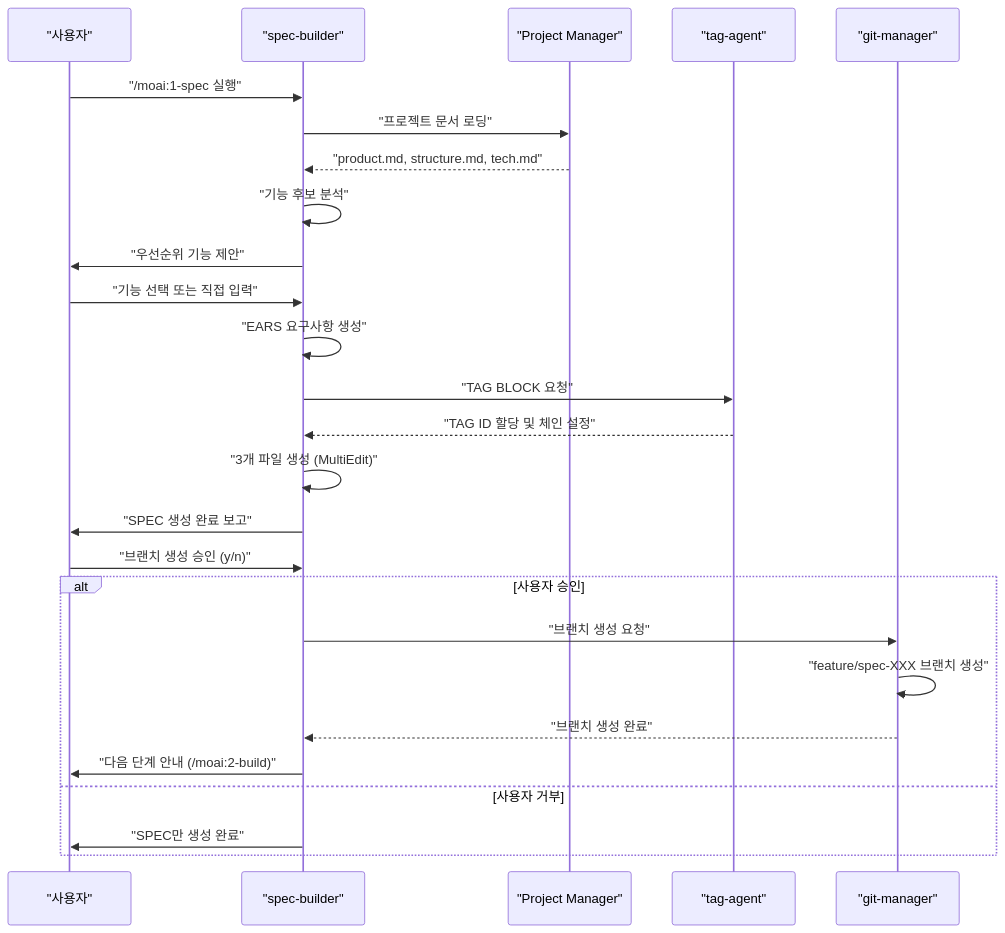
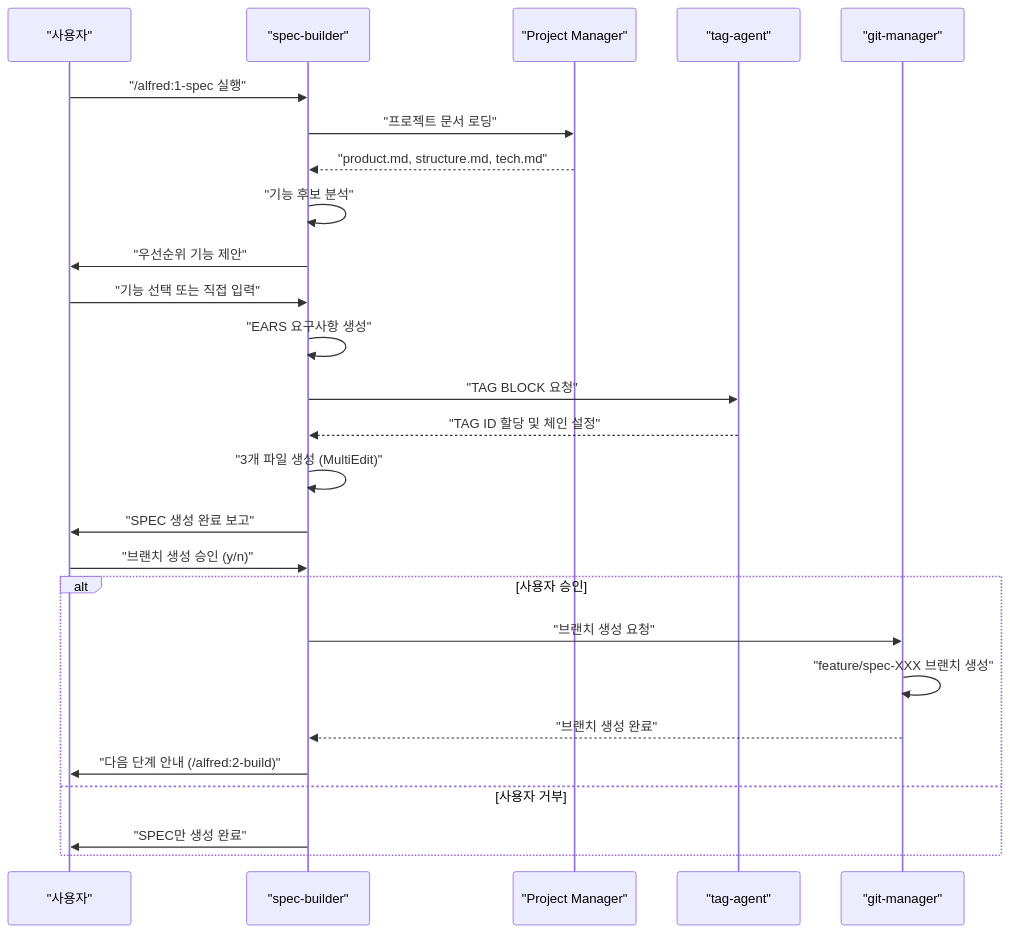
The second of 2 diagrams in docs/claude/agents/spec-builder.md (modu-ai/moai-adk), drawn with Mermaid before and after one commit. The commit also changed other lines of this file and 447 other files, not shown here.

````diff
--- a/docs/claude/agents/spec-builder.md
+++ b/docs/claude/agents/spec-builder.md
@@ -319,33 +319,33 @@
 ```mermaid
 sequenceDiagram
     participant U as "사용자"
     participant SB as "spec-builder"
     participant PM as "Project Manager"
     participant TA as "tag-agent"
     participant GM as "git-manager"
 
-    U->>SB: "/moai:1-spec 실행"
+    U->>SB: "/alfred:1-spec 실행"
     SB->>PM: "프로젝트 문서 로딩"
     PM-->>SB: "product.md, structure.md, tech.md"
 
     SB->>SB: "기능 후보 분석"
     SB->>U: "우선순위 기능 제안"
     U->>SB: "기능 선택 또는 직접 입력"
 
     SB->>SB: "EARS 요구사항 생성"
     SB->>TA: "TAG BLOCK 요청"
     TA-->>SB: "TAG ID 할당 및 체인 설정"
 
     SB->>SB: "3개 파일 생성 (MultiEdit)"
     SB->>U: "SPEC 생성 완료 보고"
 
     U->>SB: "브랜치 생성 승인 (y/n)"
     alt 사용자 승인
         SB->>GM: "브랜치 생성 요청"
         GM->>GM: "feature/spec-XXX 브랜치 생성"
         GM-->>SB: "브랜치 생성 완료"
-        SB->>U: "다음 단계 안내 (/moai:2-build)"
+        SB->>U: "다음 단계 안내 (/alfred:2-build)"
     else 사용자 거부
         SB->>U: "SPEC만 생성 완료"
     end
 ```
````
